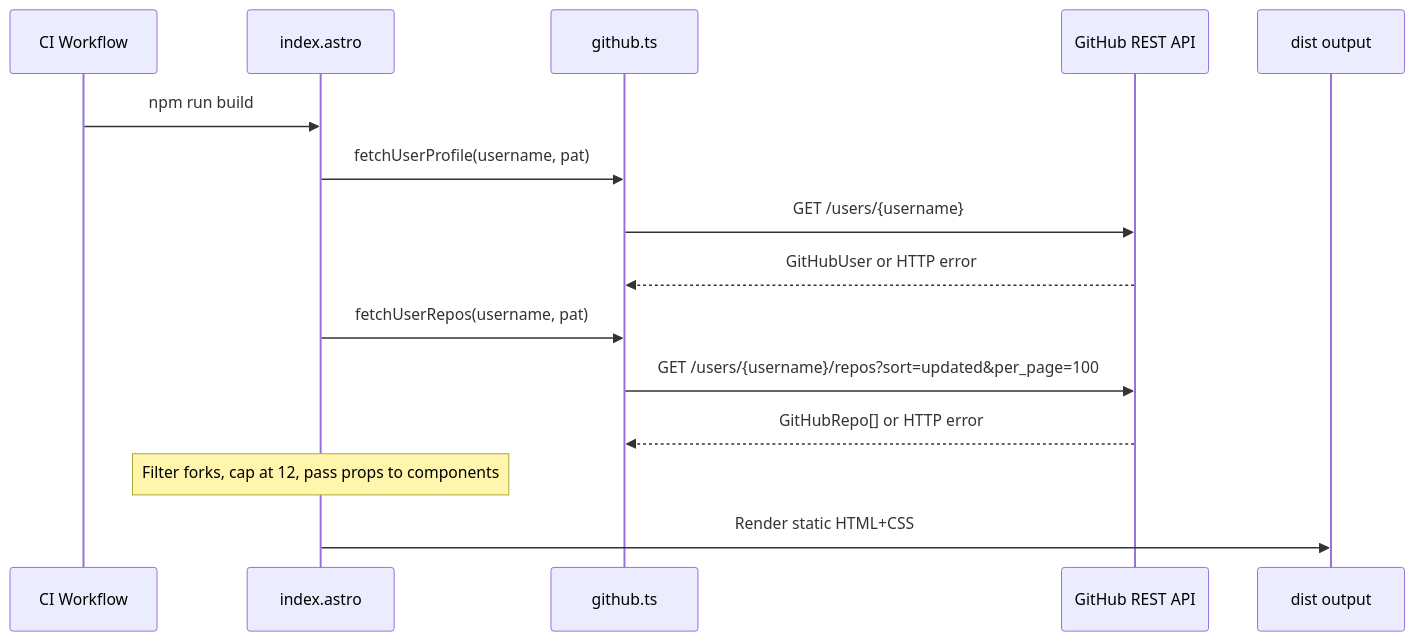
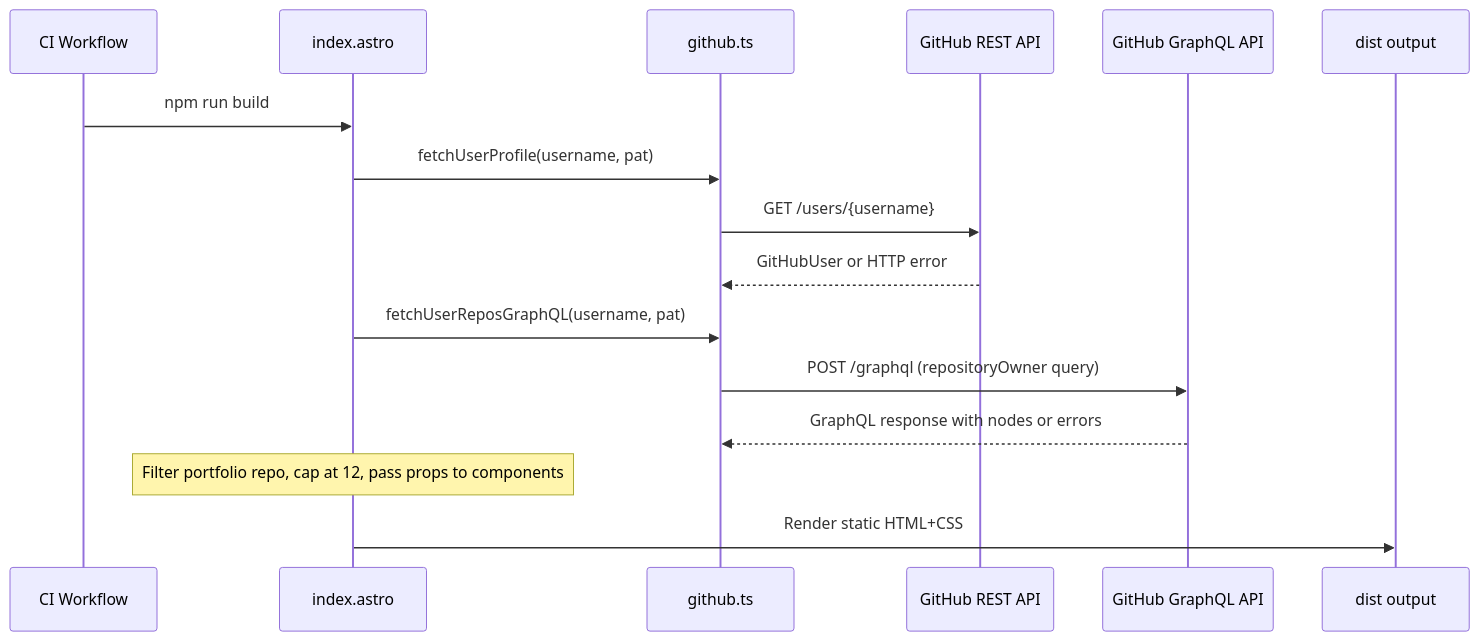
The second of 2 diagrams in .kiro/specs/github-portfolio-landing-page/design.md (bonjourdave/bonjourdave.github.io), drawn with Mermaid before and after one commit. The commit also changed other lines of this file and 6 other files, not shown here.

````diff
--- a/.kiro/specs/github-portfolio-landing-page/design.md
+++ b/.kiro/specs/github-portfolio-landing-page/design.md
@@ -86,18 +92,19 @@
 ```mermaid
 sequenceDiagram
     participant CI as CI Workflow
     participant Page as index.astro
     participant Util as github.ts
-    participant API as GitHub REST API
+    participant REST as GitHub REST API
+    participant GQL as GitHub GraphQL API
     participant Out as dist output
 
     CI->>Page: npm run build
     Page->>Util: fetchUserProfile(username, pat)
-    Util->>API: GET /users/{username}
-    API-->>Util: GitHubUser or HTTP error
-    Page->>Util: fetchUserRepos(username, pat)
-    Util->>API: GET /users/{username}/repos?sort=updated&per_page=100
-    API-->>Util: GitHubRepo[] or HTTP error
-    Note over Page: Filter forks, cap at 12, pass props to components
+    Util->>REST: GET /users/{username}
+    REST-->>Util: GitHubUser or HTTP error
+    Page->>Util: fetchUserReposGraphQL(username, pat)
+    Util->>GQL: POST /graphql (repositoryOwner query)
+    GQL-->>Util: GraphQL response with nodes or errors
+    Note over Page: Filter portfolio repo, cap at 12, pass props to components
     Page->>Out: Render static HTML+CSS
 ```
````
